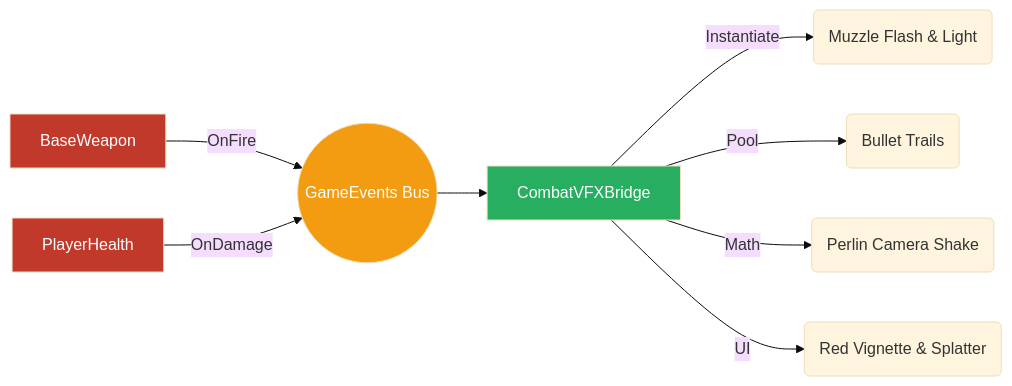
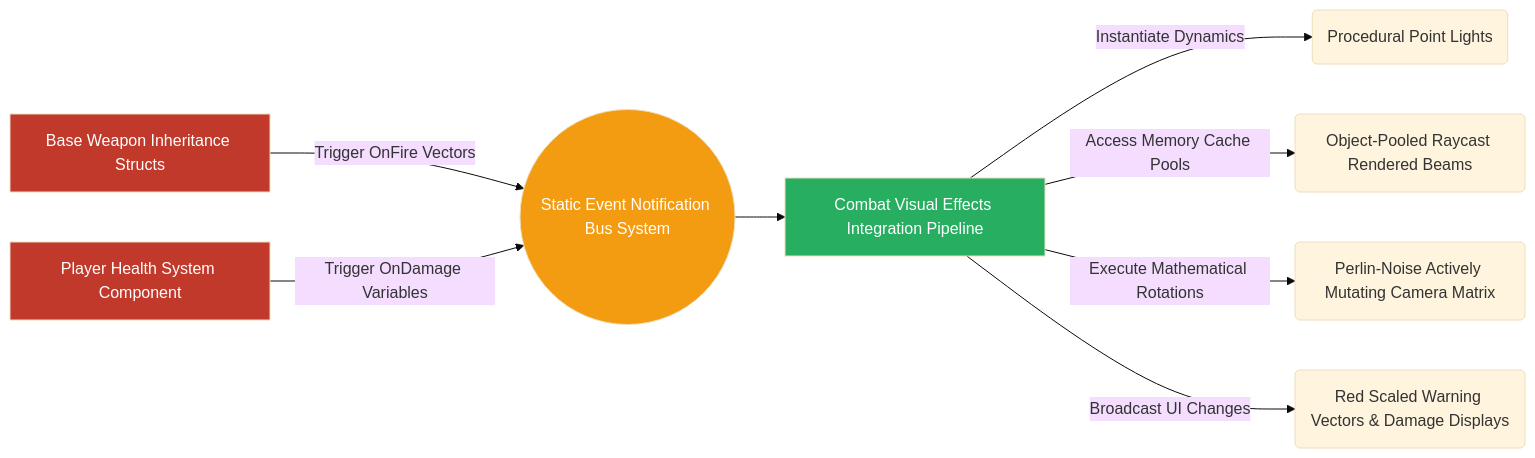
Before and after one commit to helis-d/ProjectZ: the fifth of 5 diagrams in README.md, drawn with Mermaid (base theme). The commit also changed other lines of this file, not shown here.

````diff
--- a/README.md
+++ b/README.md
@@ -232,16 +245,16 @@
 ```mermaid
 graph LR
     classDef trigger fill:#c0392b,color:#fff;
     classDef bus fill:#f39c12,color:#fff;
     classDef system fill:#27ae60,color:#fff;
 
-    W[BaseWeapon]:::trigger -->|OnFire| E((GameEvents Bus)):::bus
-    H[PlayerHealth]:::trigger -->|OnDamage| E
+    W[Base Weapon Inheritance Structs]:::trigger -->|Trigger OnFire Vectors| E((Static Event Notification Bus System)):::bus
+    H[Player Health System Component]:::trigger -->|Trigger OnDamage Variables| E
     
-    E --> V[CombatVFXBridge]:::system
+    E --> V[Combat Visual Effects Integration Pipeline]:::system
     
-    V -->|Instantiate| M(Muzzle Flash & Light)
-    V -->|Pool| T(Bullet Trails)
-    V -->|Math| C(Perlin Camera Shake)
-    V -->|UI| U(Red Vignette & Splatter)
+    V -->|Instantiate Dynamics| M(Procedural Point Lights)
+    V -->|Access Memory Cache Pools| T(Object-Pooled Raycast Rendered Beams)
+    V -->|Execute Mathematical Rotations| C(Perlin-Noise Actively Mutating Camera Matrix)
+    V -->|Broadcast UI Changes| U(Red Scaled Warning Vectors & Damage Displays)
 ```
````
